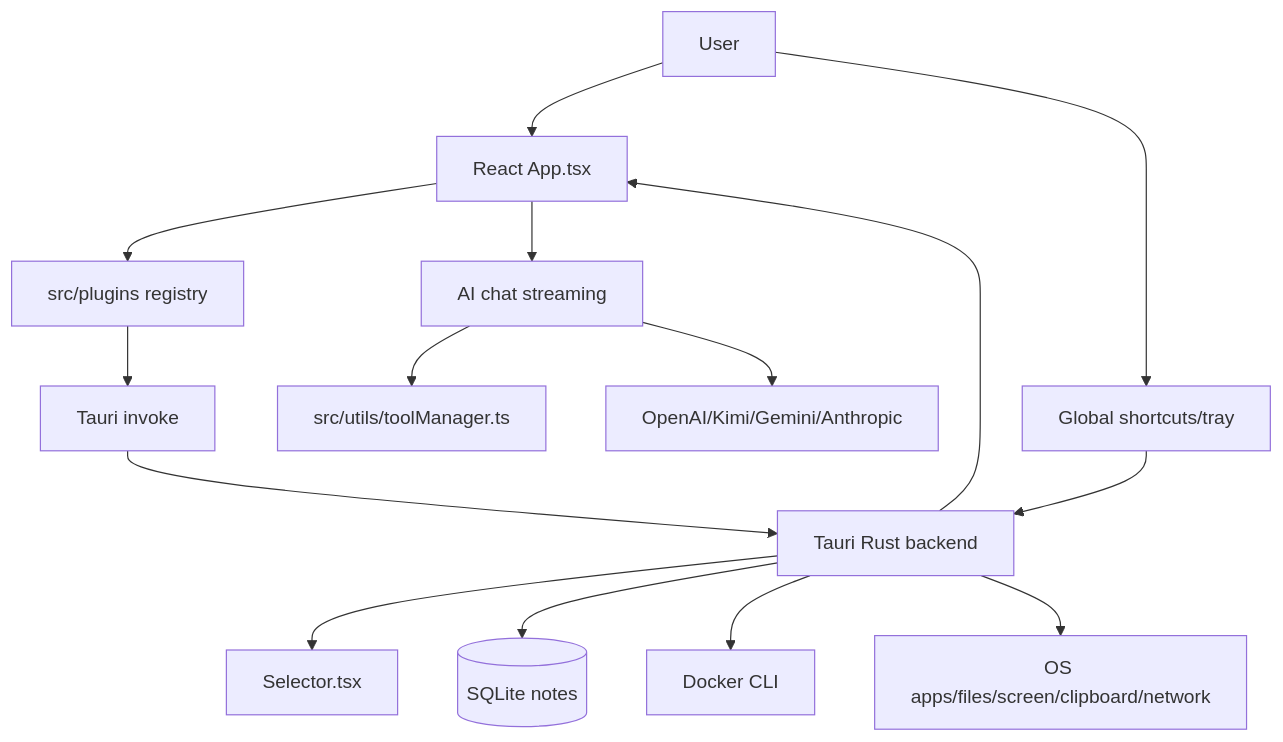
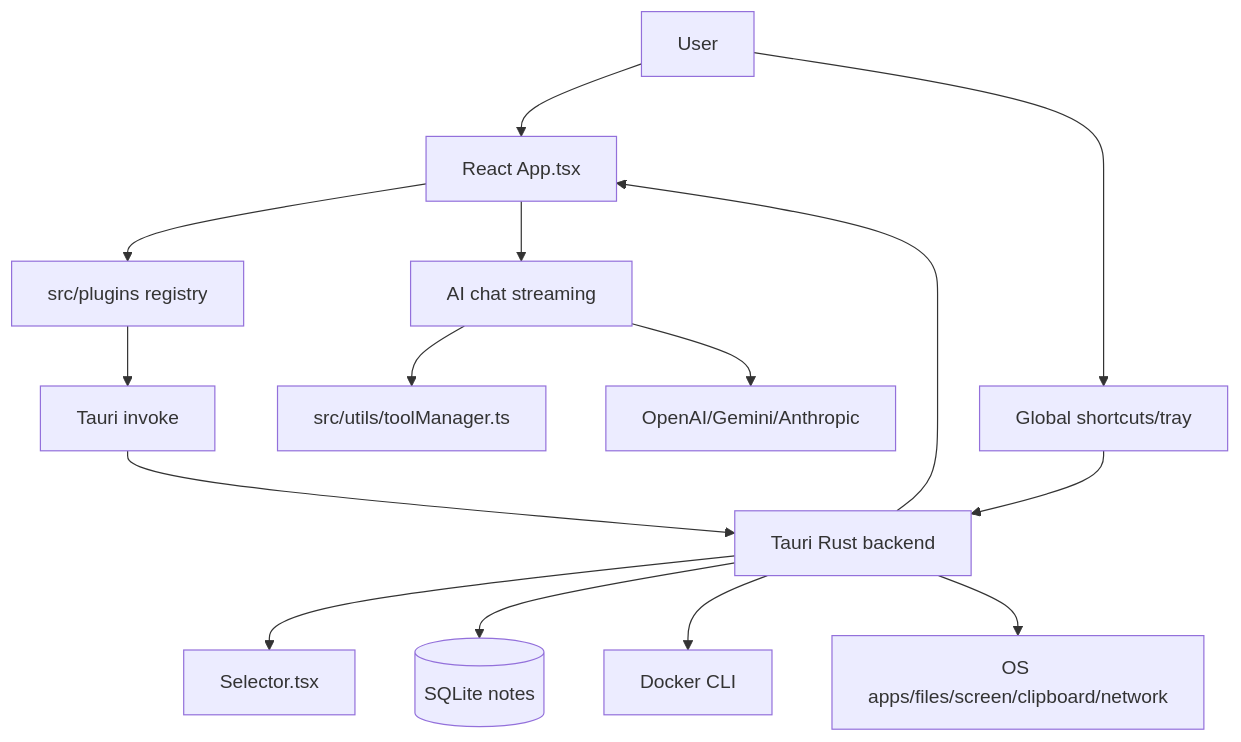
The diagram in memories/project_context.md (RickyDane/gquick), drawn with Mermaid before and after one commit. The commit also changed other lines of this file and 14 other files, not shown here.

````diff
--- a/memories/project_context.md
+++ b/memories/project_context.md
@@ -13,17 +13,17 @@
 ```mermaid
 graph TB
   User[User] --> App[React App.tsx]
   User --> Shortcuts[Global shortcuts/tray]
   Shortcuts --> Rust[Tauri Rust backend]
   Rust --> App
   Rust --> Selector[Selector.tsx]
   App --> Plugins[src/plugins registry]
   App --> Chat[AI chat streaming]
   Chat --> ToolManager[src/utils/toolManager.ts]
   Plugins --> Invoke[Tauri invoke]
   Invoke --> Rust
   Rust --> SQLite[(SQLite notes)]
   Rust --> Docker[Docker CLI]
   Rust --> OS[OS apps/files/screen/clipboard/network]
-  Chat --> AI[OpenAI/Kimi/Gemini/Anthropic]
+  Chat --> AI[OpenAI/Gemini/Anthropic]
 ```
````
